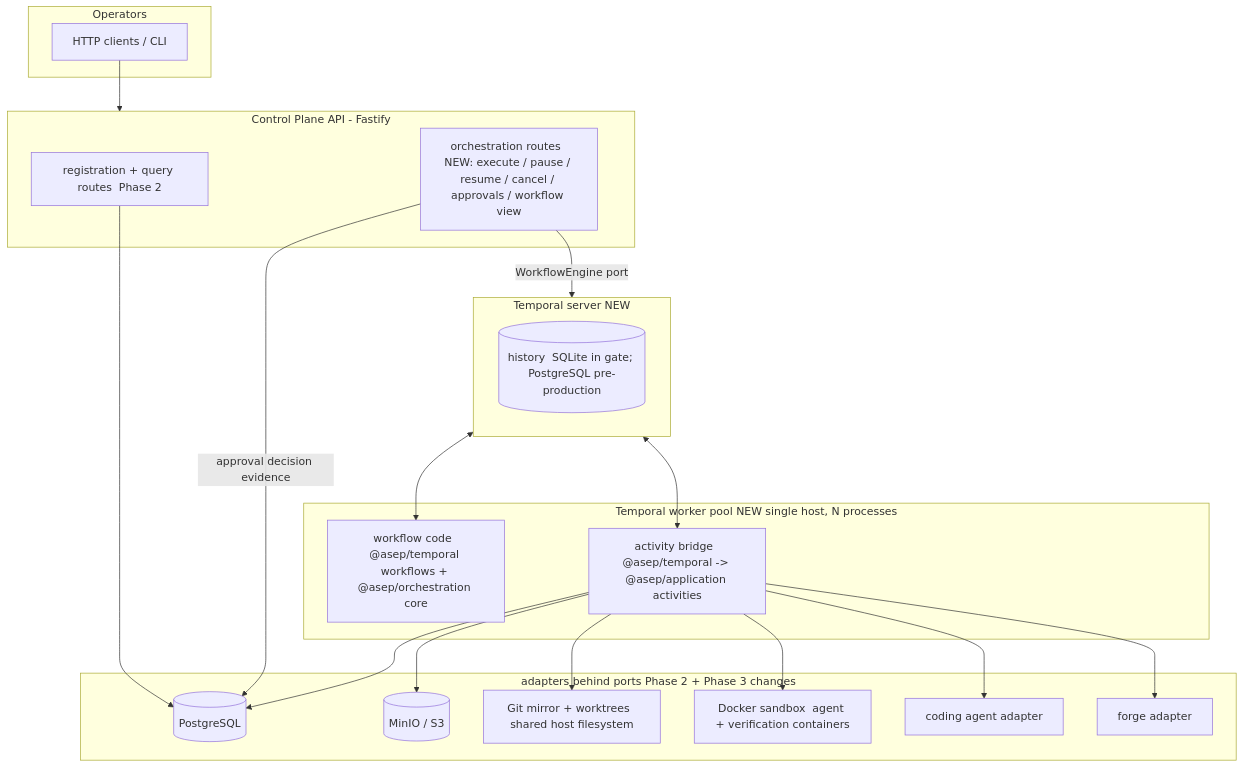
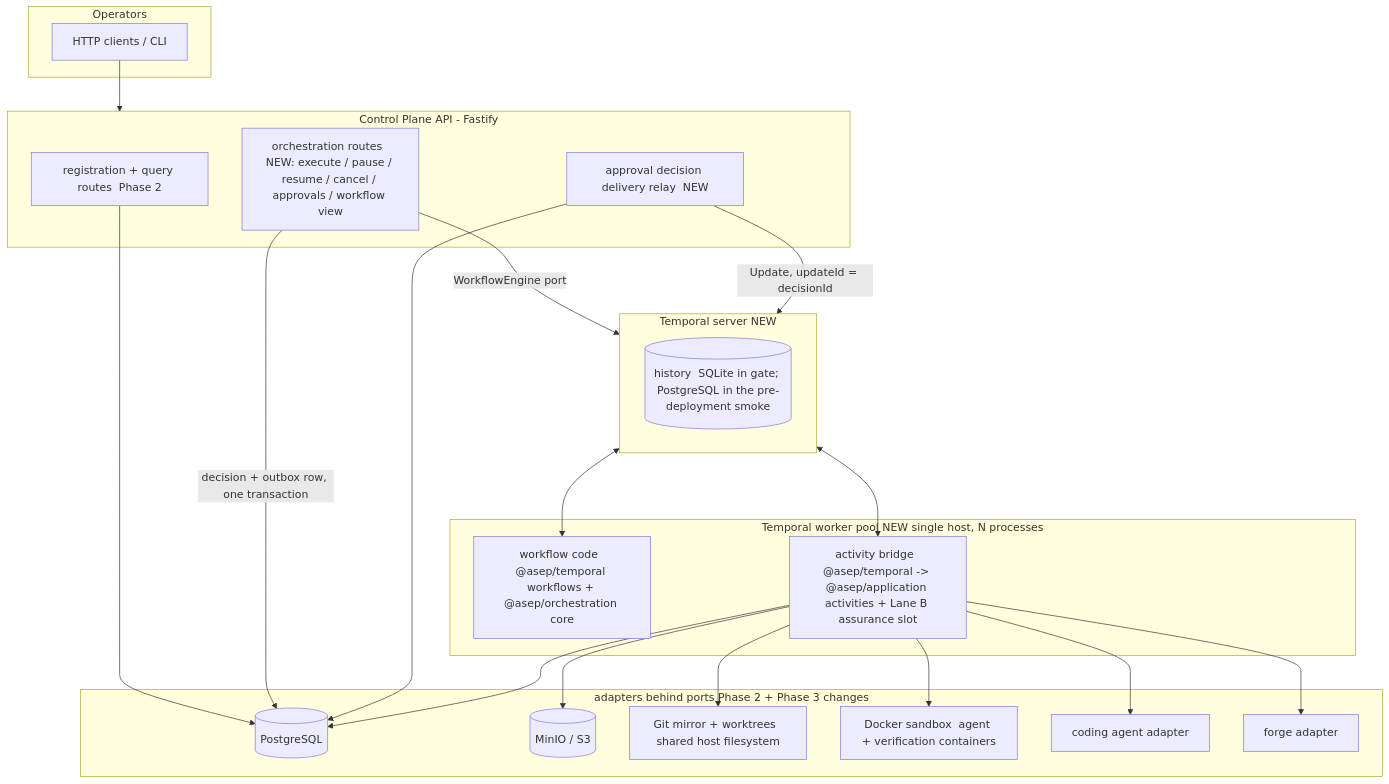
The diagram in docs/implementation/phases/phase-03-architecture.md (xingcorp/asep-enterprise-harness), drawn with Mermaid before and after one commit. The commit also changed other lines of this file and 8 other files, not shown here.

````diff
--- a/docs/implementation/phases/phase-03-architecture.md
+++ b/docs/implementation/phases/phase-03-architecture.md
@@ -31,37 +39,40 @@
 ```mermaid
 flowchart TB
   subgraph clients[Operators]
     HTTP[HTTP clients / CLI]
   end
   subgraph plane[Control Plane API - Fastify]
     REG[registration + query routes  Phase 2]
     ORC[orchestration routes  NEW: execute / pause / resume / cancel / approvals / workflow view]
+    RELAY[approval decision delivery relay  NEW]
   end
   subgraph temporal[Temporal server  NEW]
-    TS[(history  SQLite in gate; PostgreSQL pre-production)]
+    TS[(history  SQLite in gate; PostgreSQL in the pre-deployment smoke)]
   end
   subgraph workers[Temporal worker pool  NEW  single host, N processes]
     WF[workflow code  @asep/temporal workflows + @asep/orchestration core]
-    ACT[activity bridge  @asep/temporal -> @asep/application activities]
+    ACT[activity bridge  @asep/temporal -> @asep/application activities + Lane B assurance slot]
   end
   subgraph adapters[adapters behind ports  Phase 2 + Phase 3 changes]
     PG[(PostgreSQL)]
     OBJ[(MinIO / S3)]
     GIT[Git mirror + worktrees  shared host filesystem]
     SBX[Docker sandbox  agent + verification containers]
     AG[coding agent adapter]
     FG[forge adapter]
   end
   HTTP --> plane
   REG --> PG
   ORC -->|WorkflowEngine port| temporal
-  ORC -->|approval decision evidence| PG
+  ORC -->|decision + outbox row, one transaction| PG
+  RELAY -->|Update, updateId = decisionId| temporal
+  RELAY --> PG
   temporal <--> WF
   temporal <--> ACT
   ACT --> PG
   ACT --> OBJ
   ACT --> GIT
   ACT --> SBX
   ACT --> AG
   ACT --> FG
 ```
````
